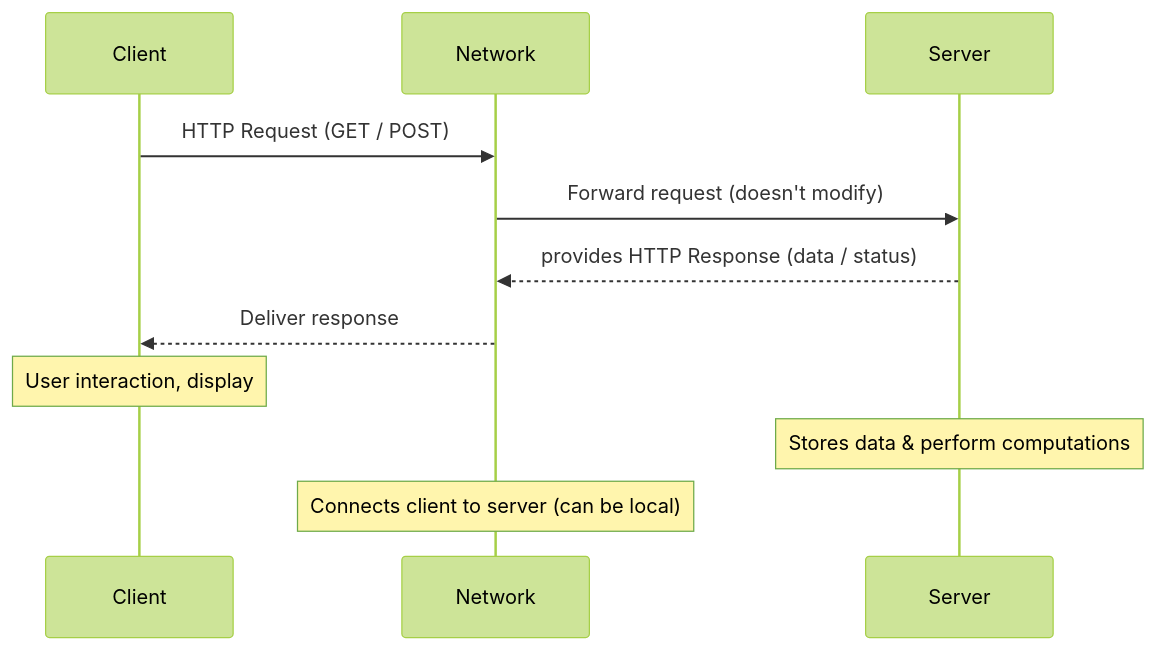
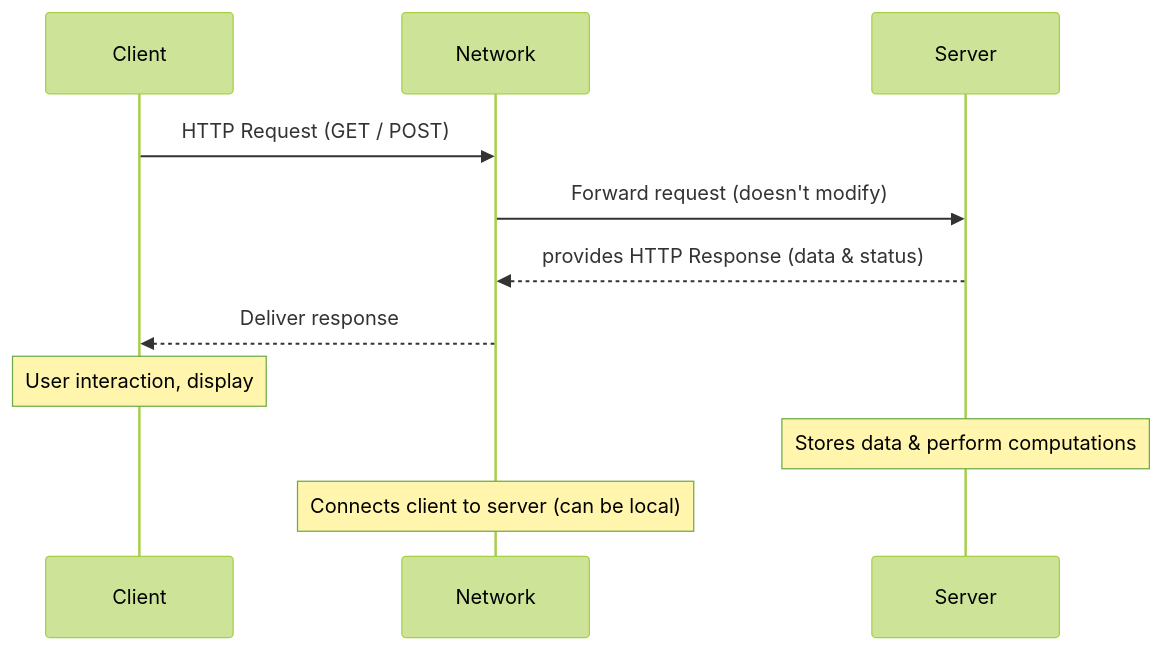
The diagram in docs/appdev-I-theory/week1/1-types-architecture.md (24f2007780/app-dev-book), drawn with Mermaid (forest theme) before and after one commit. The commit also changed other lines of this file and 196 other files, not shown here.

````diff
--- a/docs/appdev-I-theory/week1/1-types-architecture.md
+++ b/docs/appdev-I-theory/week1/1-types-architecture.md
@@ -5,16 +5,16 @@
 ```mermaid
 sequenceDiagram
     participant Client
     participant Network
     participant Server
 
     Client->>Network: HTTP Request (GET / POST)
     Network->>Server: Forward request (doesn't modify)
 
-    Server-->>Network: provides HTTP Response (data / status)
+    Server-->>Network: provides HTTP Response (data & status)
     Network-->>Client: Deliver response
 
     Note over Client: User interaction, display
     Note over Server: Stores data & perform computations
     Note over Network: Connects client to server (can be local)
 ```
````
